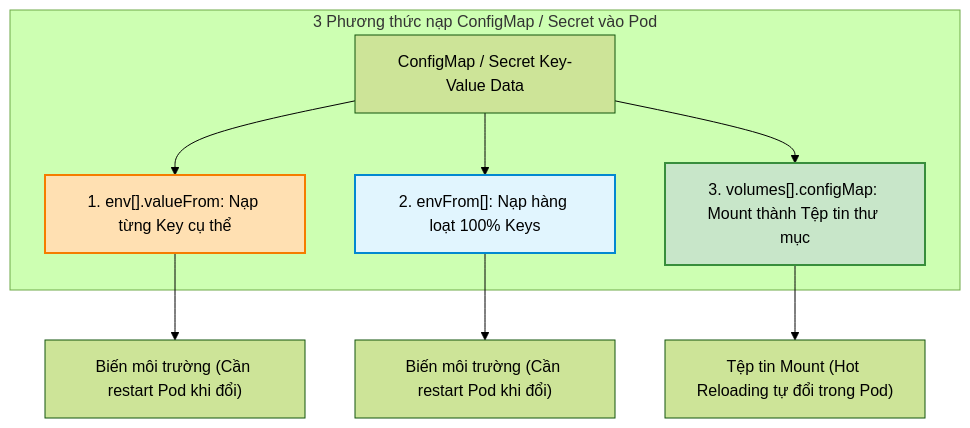
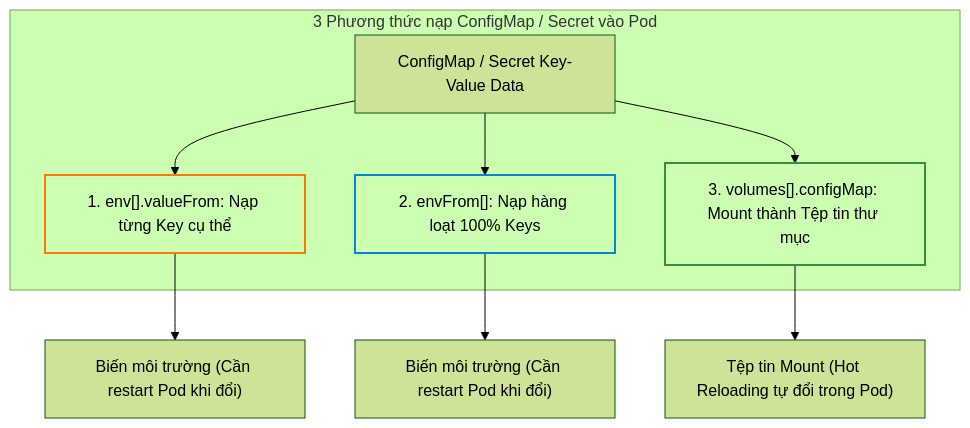
One commit to kiennt308/ntk changed the first of 3 diagrams in _posts/2026-09-12-cka-20-20-cau-hinh-configmap-secret.md. Above: the diagram before and after it, drawn with Mermaid (forest theme). The commit also changed other lines of this file and 207 other files, not shown here.

Commit message:
feat(posts): batch standardize all 208 posts with TL;DR, qa-card accordion, fill:none mermaid, and liquid raw wrappers

````diff
--- a/_posts/2026-09-12-cka-20-20-cau-hinh-configmap-secret.md
+++ b/_posts/2026-09-12-cka-20-20-cau-hinh-configmap-secret.md
@@ -155,16 +159,16 @@
 ```mermaid
 graph TD
     subgraph Injection_Methods ["3 Phương thức nạp ConfigMap / Secret vào Pod"]
         CM["ConfigMap / Secret Key-Value Data"] --> ENV_KEY["1. env[].valueFrom: Nạp từng Key cụ thể"]
         CM --> ENV_BULK["2. envFrom[]: Nạp hàng loạt 100% Keys"]
         CM --> VOL_MOUNT["3. volumes[].configMap: Mount thành Tệp tin thư mục"]
     end
 
     ENV_KEY --> POD_RUN1["Biến môi trường (Cần restart Pod khi đổi)"]
     ENV_BULK --> POD_RUN2["Biến môi trường (Cần restart Pod khi đổi)"]
     VOL_MOUNT --> POD_RUN3["Tệp tin Mount (Hot Reloading tự đổi trong Pod)"]
 
-    style ENV_KEY fill:#ffe0b2,stroke:#f57c00,stroke-width:2px
-    style ENV_BULK fill:#e1f5fe,stroke:#0288d1,stroke-width:2px
-    style VOL_MOUNT fill:#c8e6c9,stroke:#388e3c,stroke-width:2px
+    style ENV_KEY fill:none,stroke:#f57c00,stroke-width:2px
+    style ENV_BULK fill:none,stroke:#0288d1,stroke-width:2px
+    style VOL_MOUNT fill:none,stroke:#388e3c,stroke-width:2px
 ```
````
